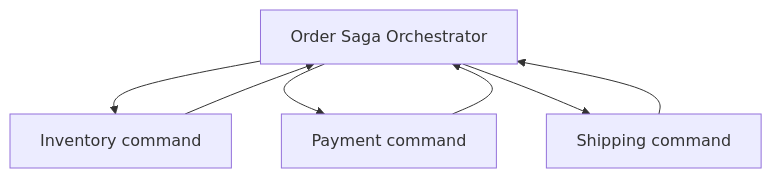
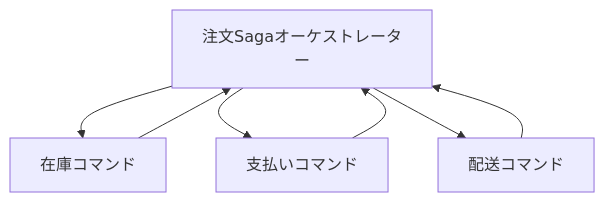
One commit to hirunebot/database-systems-book changed the fourth of 7 diagrams in src/content/docs/05-distributed-db/16-distributed-transactions.md. Above: the diagram before and after it, drawn with Mermaid. The commit also changed other lines of this file and 42 other files, not shown here.

````diff
--- a/src/content/docs/05-distributed-db/16-distributed-transactions.md
+++ b/src/content/docs/05-distributed-db/16-distributed-transactions.md
@@ -231,10 +231,10 @@
 ```mermaid
 flowchart TB
-    O["Order Saga Orchestrator"]
-    O --> I["Inventory command"]
-    O --> P["Payment command"]
-    O --> S["Shipping command"]
+    O["注文Sagaオーケストレーター"]
+    O --> I["在庫コマンド"]
+    O --> P["支払いコマンド"]
+    O --> S["配送コマンド"]
     I --> O
     P --> O
     S --> O
 ```
````
